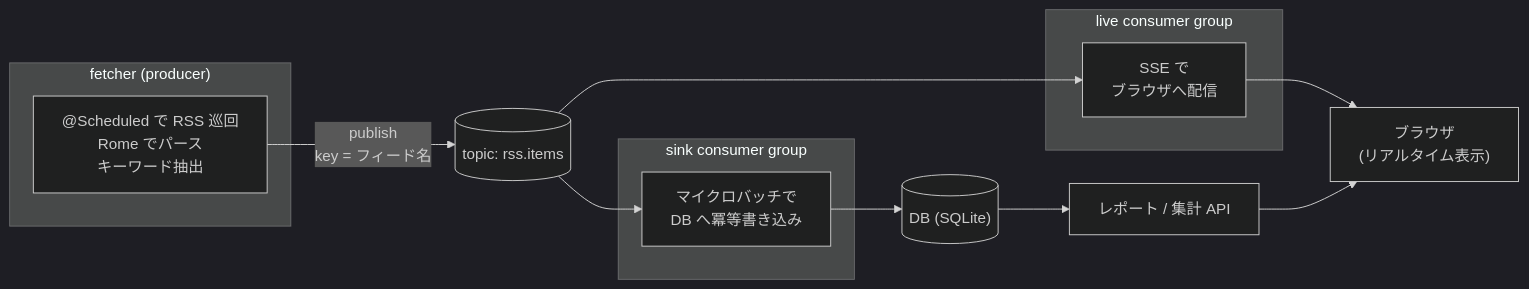
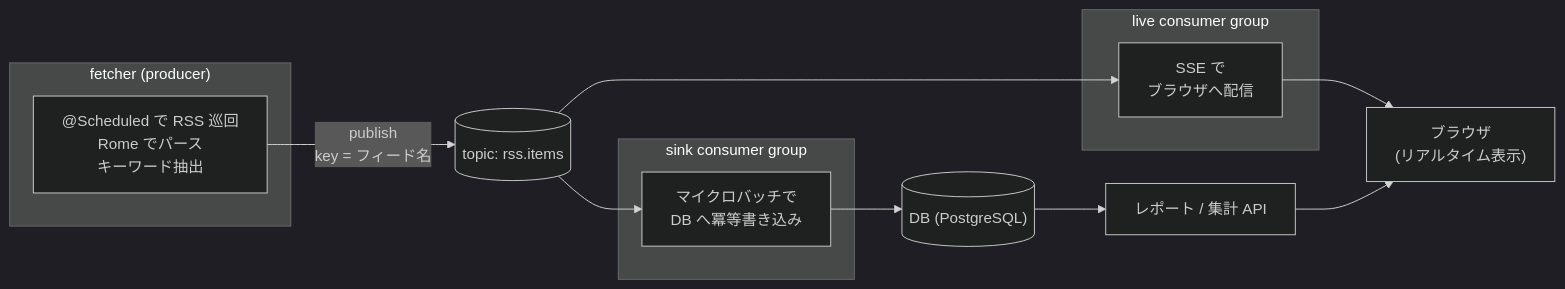
One commit to rockyh0825/tech-and-job-rss-reader changed the diagram in .spec-workflow/steering/tech.md. Above: the diagram before and after it, drawn with Mermaid (dark theme). The commit also changed other lines of this file and 7 other files, not shown here.

````diff
--- a/.spec-workflow/steering/tech.md
+++ b/.spec-workflow/steering/tech.md
@@ -28,23 +28,23 @@
 ```mermaid
 flowchart LR
     subgraph fetcher["fetcher (producer)"]
         A["@Scheduled で RSS 巡回<br/>Rome でパース<br/>キーワード抽出"]
     end
 
     A -- "publish<br/>key = フィード名" --> T[("topic: rss.items")]
 
     subgraph sink["sink consumer group"]
         B["マイクロバッチで<br/>DB へ冪等書き込み"]
     end
 
     subgraph live["live consumer group"]
         C["SSE で<br/>ブラウザへ配信"]
     end
 
     T --> B
     T --> C
-    B --> D[("DB (SQLite)")]
+    B --> D[("DB (PostgreSQL)")]
     D --> E["レポート / 集計 API"]
     C --> F["ブラウザ<br/>(リアルタイム表示)"]
     E --> F
 ```
````
